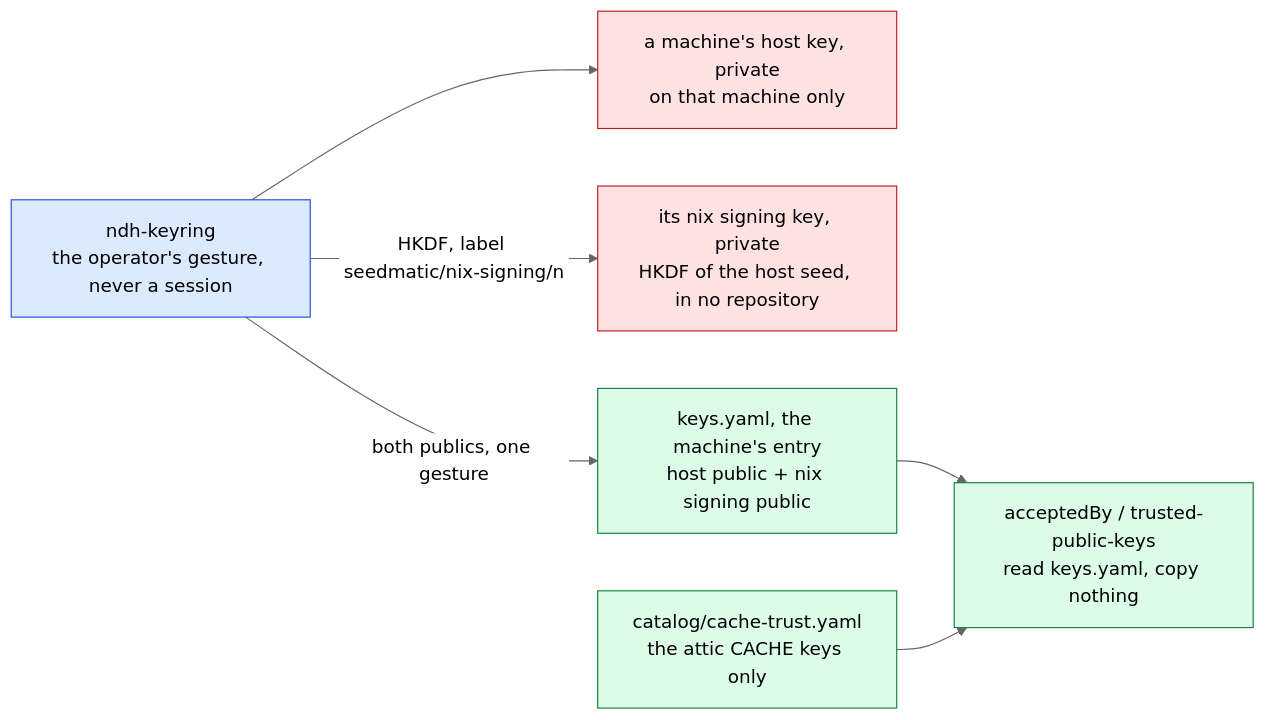
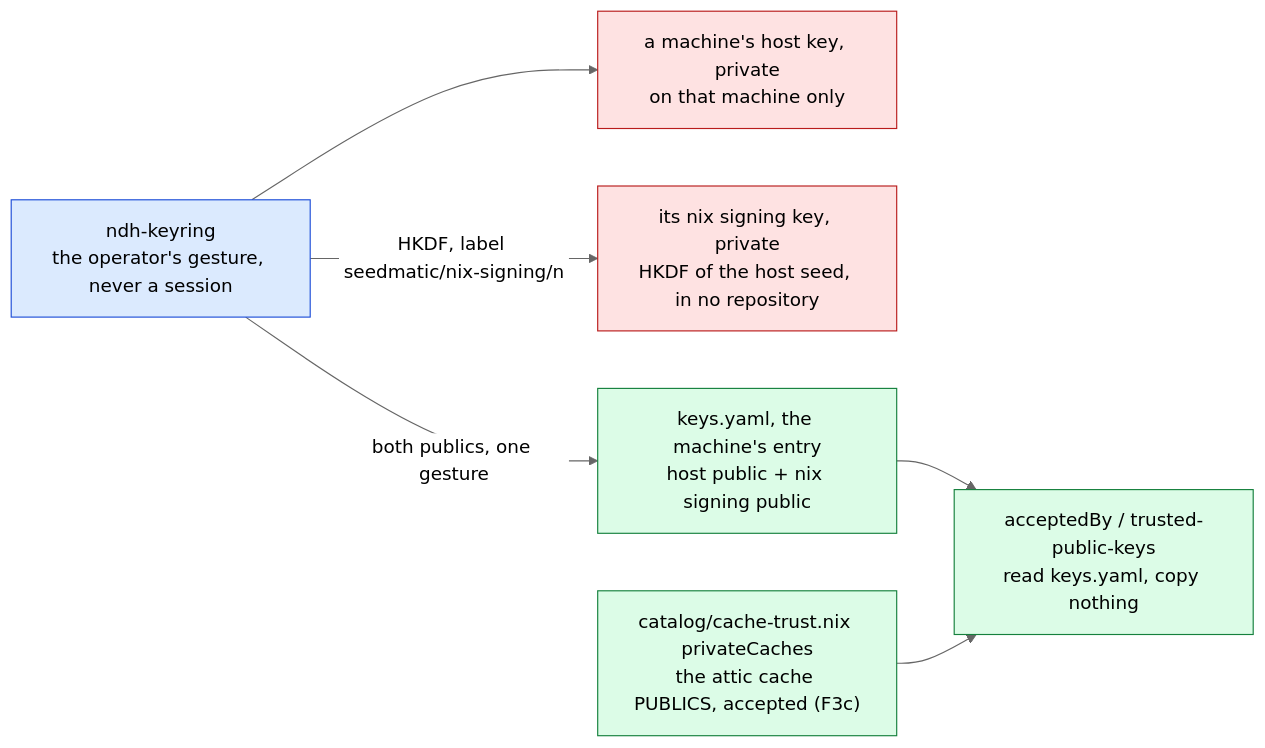
One commit to seedmatic/ndh changed the seventh of 15 diagrams in docs/private-binary-cache-spec.adoc. Above: the diagram before and after it, drawn with Mermaid (neutral theme). The commit also changed other lines of this file, not shown here.

First line of the commit message:
docs(cache): an attic key's private stays in its container, its public is the accepted entry

```diff
--- a/docs/private-binary-cache-spec.adoc
+++ b/docs/private-binary-cache-spec.adoc
@@ -884,22 +885,22 @@
 [mermaid]
 ....
 flowchart LR
   KR["ndh-keyring<br/>the operator's gesture, never a session"]
   HK["a machine's host key, private<br/>on that machine only"]
   NP["its nix signing key, private<br/>HKDF of the host seed, in no repository"]
   KY["keys.yaml, the machine's entry<br/>host public + nix signing public"]
-  CT["catalog/cache-trust.yaml<br/>the attic CACHE keys only"]
+  CT["catalog/cache-trust.nix privateCaches<br/>the attic cache PUBLICS, accepted (F3c)"]
   CAT["acceptedBy / trusted-public-keys<br/>read keys.yaml, copy nothing"]
   KR --> HK
   KR -->|"HKDF, label seedmatic/nix-signing/n"| NP
   KR -->|"both publics, one gesture"| KY
   KY --> CAT
   CT --> CAT
 
   classDef secret fill:#fee2e2,stroke:#b91c1c
   classDef record fill:#dcfce7,stroke:#15803d
   classDef tool fill:#dbeafe,stroke:#1d4ed8
   class HK,NP secret
   class KY,CT,CAT record
   class KR tool
 ....
```
